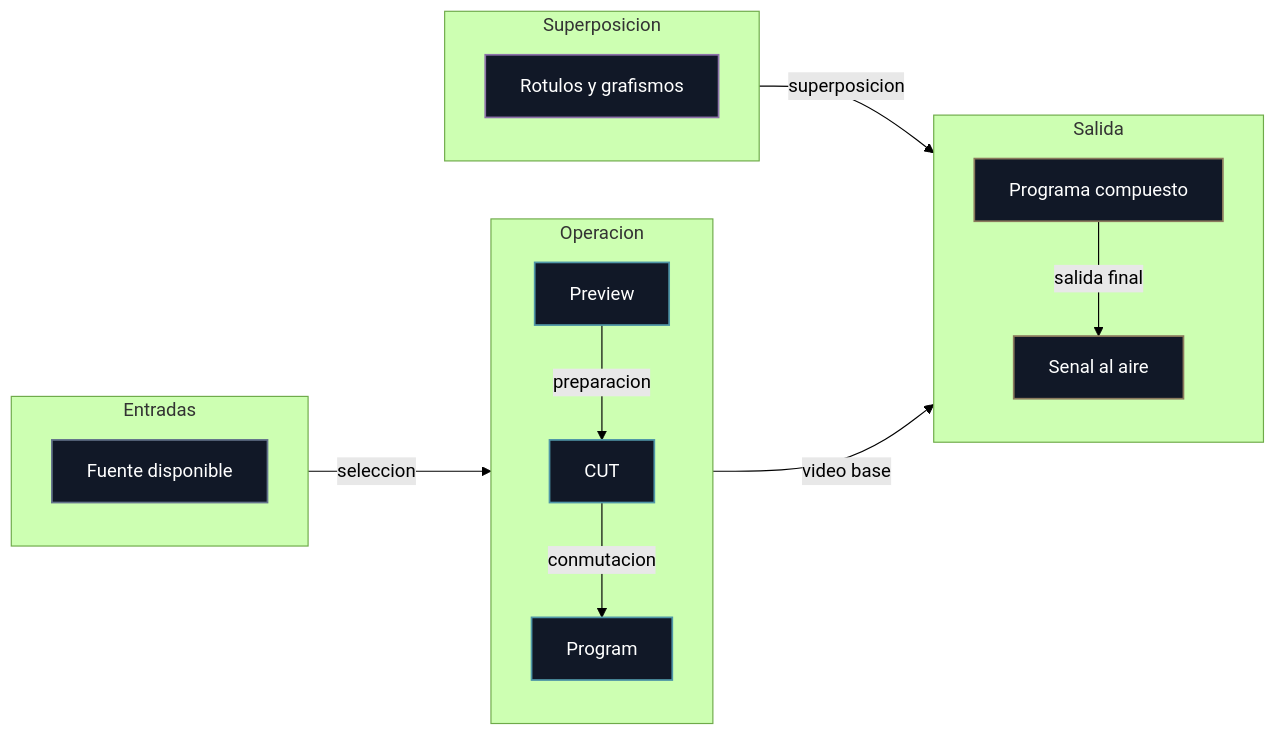
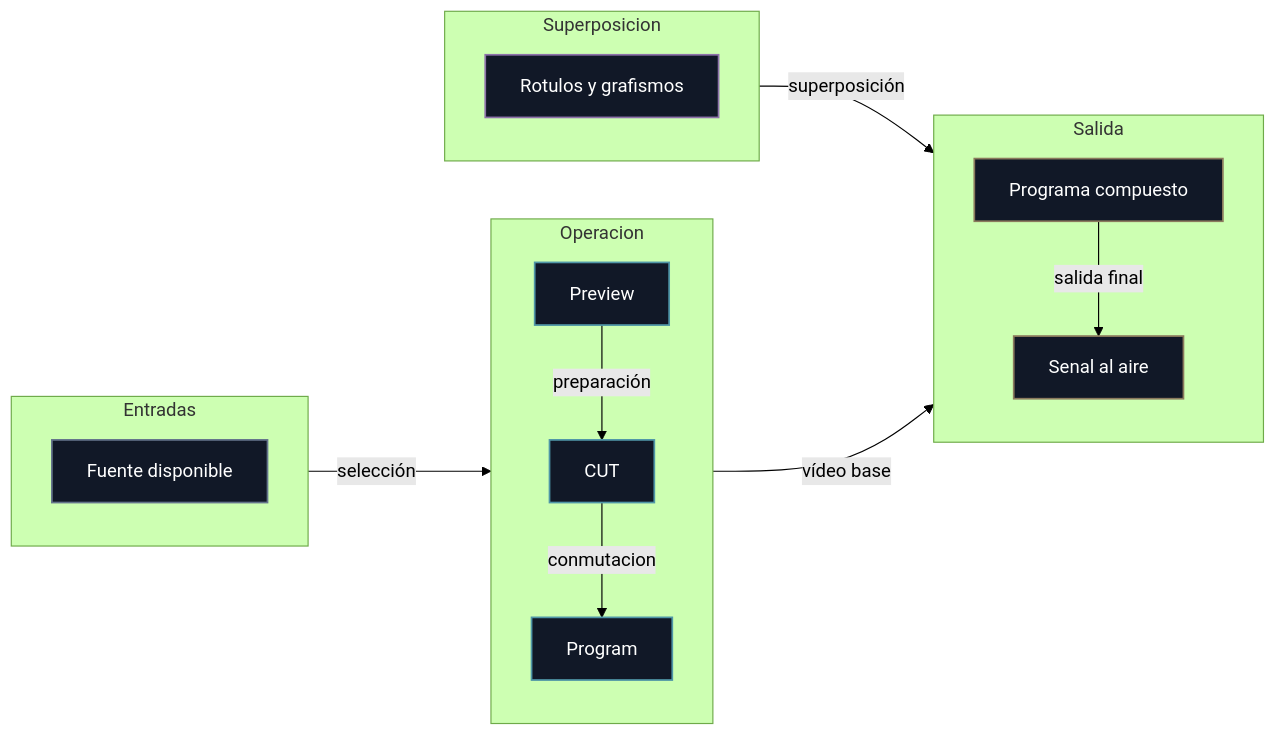
Before and after one commit to davidcolas30/OpenMix-CG: the diagram in Documentacion/Arquitectura/04-terminologia-audiovisual-y-operativa.md, drawn with Mermaid (forest theme). The commit also changed other lines of this file and 17 other files, not shown here.

````diff
--- a/Documentacion/Arquitectura/04-terminologia-audiovisual-y-operativa.md
+++ b/Documentacion/Arquitectura/04-terminologia-audiovisual-y-operativa.md
@@ -12,52 +12,52 @@
 ```mermaid
 flowchart LR
     subgraph Inputs[Entradas]
         direction TB
         Source[Fuente disponible]
     end
 
     subgraph Control[Operacion]
         direction TB
         PVW[Preview]
         CUT[CUT]
         PGM[Program]
-        PVW -->|preparacion| CUT
+        PVW -->|preparación| CUT
         CUT -->|conmutacion| PGM
     end
 
     subgraph Graphics[Superposicion]
         direction TB
         Overlay[Rotulos y grafismos]
     end
 
     subgraph Air[Salida]
         direction TB
         Output[Programa compuesto]
         Signal[Senal al aire]
         Output -->|salida final| Signal
     end
 
-    Source -->|seleccion| PVW
-    PGM -->|video base| Output
-    Overlay -->|superposicion| Output
+    Source -->|selección| PVW
+    PGM -->|vídeo base| Output
+    Overlay -->|superposición| Output
 
 
     classDef ui fill:#111827,stroke:#64748b,color:#ffffff,stroke-width:1.5px;
     classDef renderer fill:#111827,stroke:#64748b,color:#ffffff,stroke-width:1.5px;
     classDef input fill:#111827,stroke:#64748b,color:#ffffff,stroke-width:1.5px;
     classDef source fill:#111827,stroke:#64748b,color:#ffffff,stroke-width:1.5px;
     classDef bridge fill:#111827,stroke:#4f96a7,color:#ffffff,stroke-width:1.5px;
     classDef composition fill:#111827,stroke:#4f96a7,color:#ffffff,stroke-width:1.5px;
     classDef control fill:#111827,stroke:#4f96a7,color:#ffffff,stroke-width:1.5px;
     classDef main fill:#111827,stroke:#8b7a5d,color:#ffffff,stroke-width:1.5px;
     classDef output fill:#111827,stroke:#8b7a5d,color:#ffffff,stroke-width:1.5px;
     classDef media fill:#111827,stroke:#8d72aa,color:#ffffff,stroke-width:1.5px;
     classDef graphics fill:#111827,stroke:#8d72aa,color:#ffffff,stroke-width:1.5px;
     classDef monitoring fill:#111827,stroke:#8d72aa,color:#ffffff,stroke-width:1.5px;
     classDef native fill:#111827,stroke:#8d72aa,color:#ffffff,stroke-width:1.5px;
     classDef mobile fill:#111827,stroke:#4ca6b8,color:#ffffff,stroke-width:1.5px;
     class Source input;
     class PVW,CUT,PGM control;
     class Overlay graphics;
     class Output,Signal output;
 ```
````
